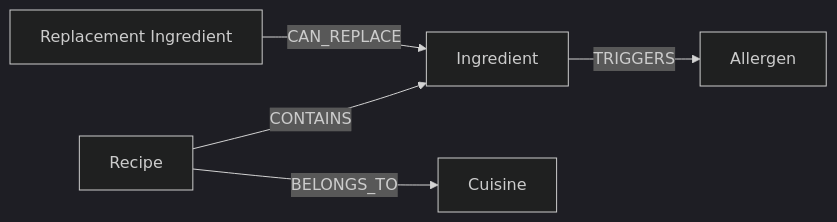
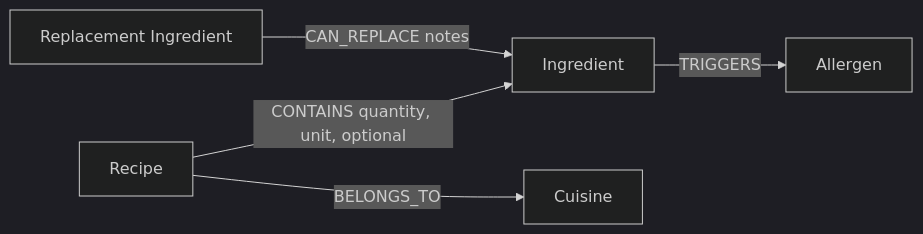
One commit to KOUSHIKG04/wexa-ai changed the diagram in README.md. Above: the diagram before and after it, drawn with Mermaid (dark theme). The commit also changed other lines of this file and 20 other files, not shown here.

Commit message:
feat: implement core SafePlate recipe explorer application with Neo4j driver and graph-based allergen substitution logic and update core components

````diff
--- a/README.md
+++ b/README.md
@@ -23,7 +39,7 @@
 ```mermaid
 graph LR
-    R[Recipe] -->|CONTAINS| I[Ingredient]
+    R[Recipe] -->|CONTAINS quantity, unit, optional| I[Ingredient]
     R -->|BELONGS_TO| C[Cuisine]
     I -->|TRIGGERS| A[Allergen]
-    I2[Replacement Ingredient] -->|CAN_REPLACE| I
+    RI[Replacement Ingredient] -->|CAN_REPLACE notes| I
 ```
````
